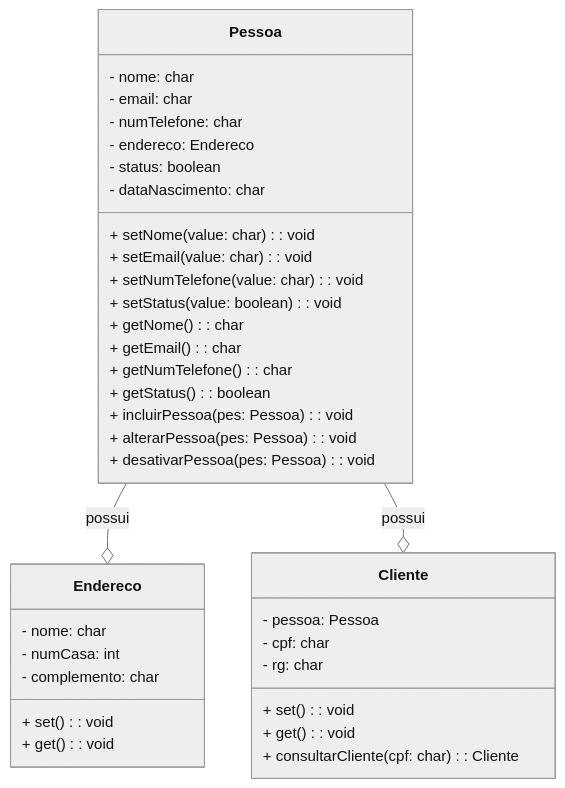
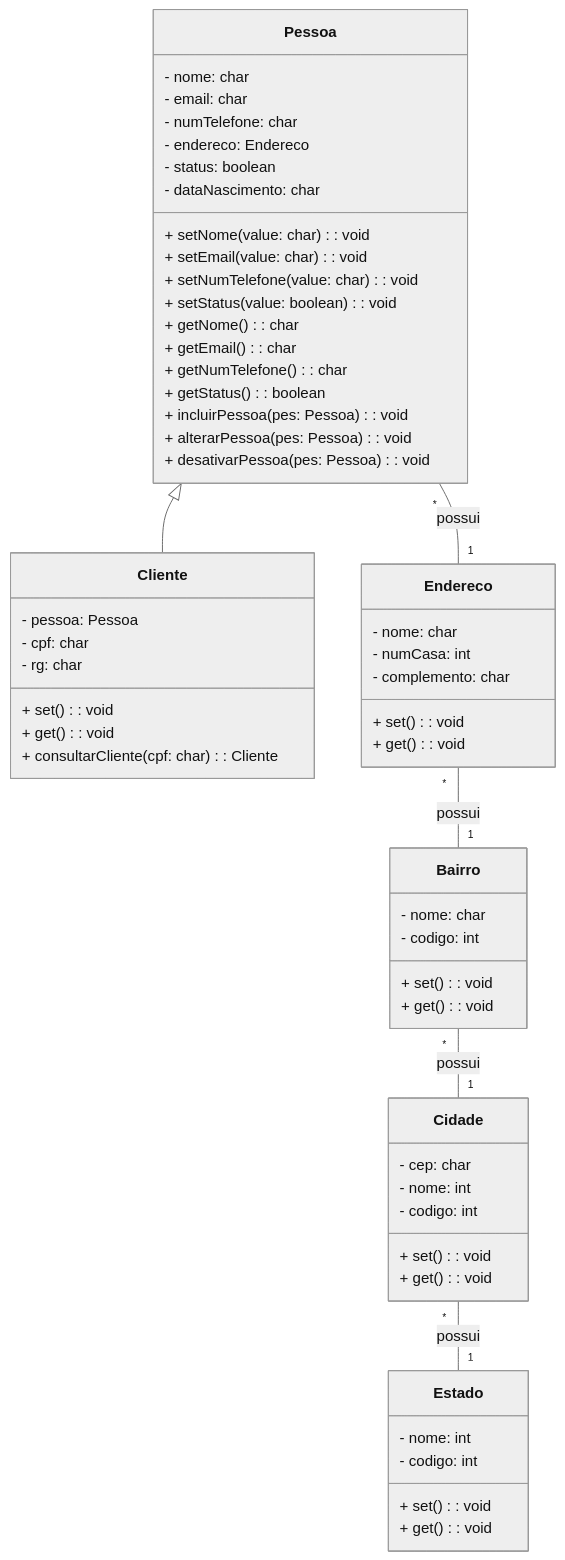
One commit to melquetrindade/sigQueijaria changed the first of 2 diagrams in doc-modelos.md. Above: the diagram before and after it, drawn with Mermaid (neutral theme).

````diff
--- a/doc-modelos.md
+++ b/doc-modelos.md
@@ -11,45 +11,73 @@
 ```mermaid
 classDiagram
   class Pessoa {
     - nome: char
     - email: char
     - numTelefone: char
     - endereco: Endereco
     - status: boolean
     - dataNascimento: char
     
     + setNome(value: char): void
     + setEmail(value: char): void
     + setNumTelefone(value: char): void
     + setStatus(value: boolean): void
     + getNome(): char
     + getEmail(): char
     + getNumTelefone(): char
     + getStatus(): boolean
     + incluirPessoa(pes: Pessoa): void
     + alterarPessoa(pes: Pessoa): void
     + desativarPessoa(pes: Pessoa): void
   }
 
   class Cliente {
     - pessoa: Pessoa
     - cpf: char
     - rg: char
     
     + set(): void
     + get(): void
     + consultarCliente(cpf: char): Cliente
   }
 
   class Endereco {
     - nome: char
     - numCasa: int
     - complemento: char
     
     + set(): void
     + get(): void
   }
 
-  Pessoa --o Endereco : possui
-  Pessoa --o Cliente : possui
+  class Bairro {
+    - nome: char
+    - codigo: int
+    
+    + set(): void
+    + get(): void
+  }
+
+  class Cidade {
+    - cep: char
+    - nome: int
+    - codigo: int
+    
+    + set(): void
+    + get(): void
+  }
+
+  class Estado {
+    - nome: int
+    - codigo: int
+    
+    + set(): void
+    + get(): void
+  }
+
+  Pessoa "*" -- "1" Endereco : possui
+  Pessoa <|-- Cliente
+  Endereco "*" -- "1" Bairro : possui
+  Bairro "*" -- "1" Cidade : possui
+  Cidade "*" -- "1" Estado : possui
 ```
````
